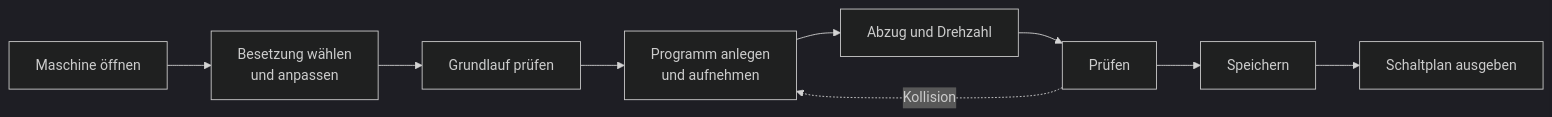
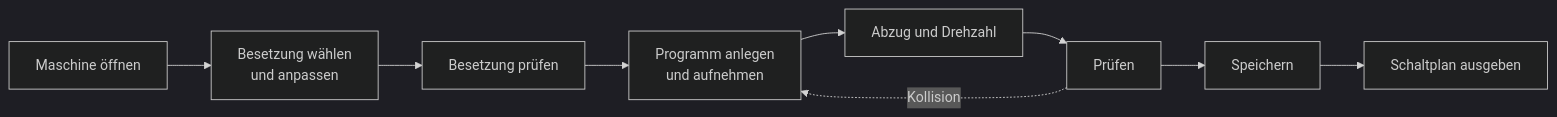
One commit to Herzog-GmbH/HerzogCAB-Docs changed the diagram in docs/tasks/create-braiding-program.md. Above: the diagram before and after it, drawn with Mermaid (dark theme). The commit also changed other lines of this file and 26 other files, not shown here.

````diff
--- a/docs/tasks/create-braiding-program.md
+++ b/docs/tasks/create-braiding-program.md
@@ -13,11 +13,11 @@
 ```mermaid
 flowchart LR
   A["Maschine öffnen"] --> B["Besetzung wählen<br>und anpassen"]
-  B --> C["Grundlauf prüfen"]
+  B --> C["Besetzung prüfen"]
   C --> D["Programm anlegen<br>und aufnehmen"]
   D --> E["Abzug und Drehzahl"]
   E --> F["Prüfen"]
   F --> G["Speichern"]
   G --> H["Schaltplan ausgeben"]
   F -. Kollision .-> D
 ```
````
